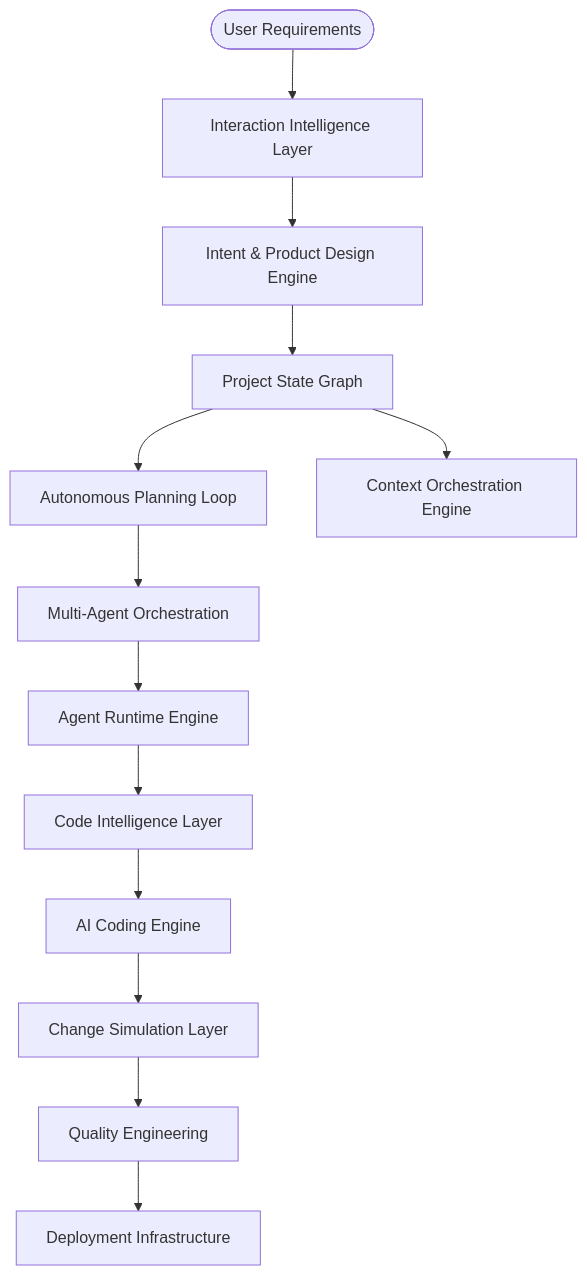
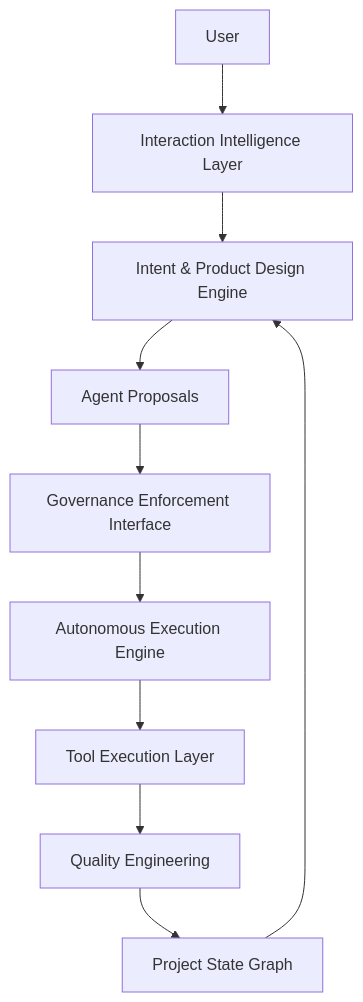
One commit to pavan53732/true-autonomous-AI-full-stack-app-builder changed the diagram in PROJECT_PLAN.md. Above: the diagram before and after it, drawn with Mermaid. The commit also changed other lines of this file, not shown here.

First line of the commit message:
Refactor and formalize AstraBuild architecture for universal autonomous delivery

````diff
--- a/PROJECT_PLAN.md
+++ b/PROJECT_PLAN.md
@@ -1335,26 +1971,20 @@
 ```mermaid
 graph TD
-    User([User Requirements]) --> Interaction[Interaction Intelligence Layer]
+    User --> Interaction[Interaction Intelligence Layer]
 
     Interaction --> Planning[Intent & Product Design Engine]
 
-    Planning --> PSG[Project State Graph]
+    Planning --> Proposal[Agent Proposals]
 
-    PSG --> MissionEngine[Autonomous Planning Loop]
+    Proposal --> Governance[Governance Enforcement Interface]
 
-    PSG --> Context[Context Orchestration Engine]
+    Governance --> Execution[Autonomous Execution Engine]
 
-    MissionEngine --> Agents[Multi-Agent Orchestration]
+    Execution --> Tools[Tool Execution Layer]
 
-    Agents --> Runtime[Agent Runtime Engine]
+    Tools --> Verification[Quality Engineering]
 
-    Runtime --> CodeIntel[Code Intelligence Layer]
+    Verification --> PSG[Project State Graph]
 
-    CodeIntel --> Coding[AI Coding Engine]
-
-    Coding --> Simulation[Change Simulation Layer]
-
-    Simulation --> Quality[Quality Engineering]
-
-    Quality --> Deploy[Deployment Infrastructure]
+    PSG --> Planning
 ```
````
